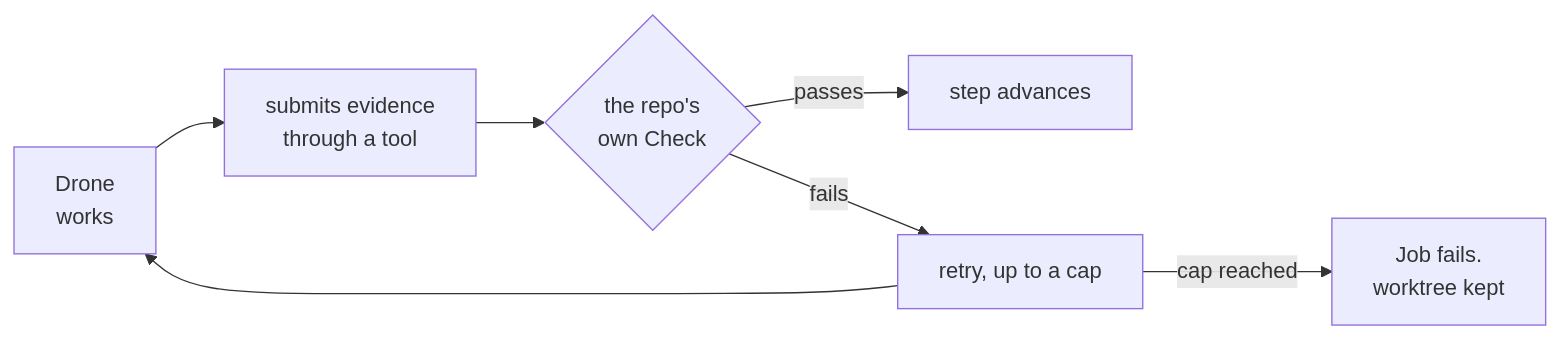
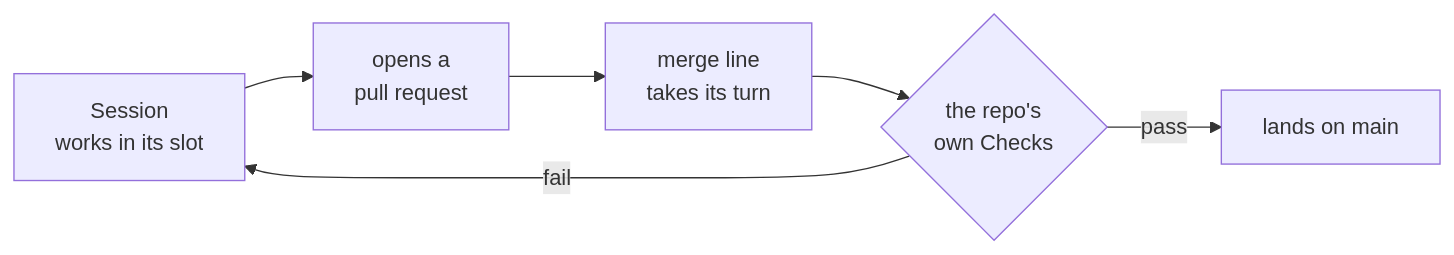
The third of 3 diagrams in ARCHITECTURE.md (Mele-Labs/armada), drawn with Mermaid before and after one commit. The commit also changed other lines of this file and 2 other files, not shown here.

First line of the commit message:
Say Sessions in the README, ARCHITECTURE and scope

````diff
--- a/ARCHITECTURE.md
+++ b/ARCHITECTURE.md
@@ -112,9 +112,8 @@
 ```mermaid
 flowchart LR
-    W["Drone<br/>works"] --> E["submits evidence<br/>through a tool"]
-    E --> C{"the repo's<br/>own Check"}
-    C -->|passes| A["step advances"]
-    C -->|fails| R["retry, up to a cap"]
-    R --> W
-    R -->|"cap reached"| X["Job fails.<br/>worktree kept"]
+    W["Session<br/>works in its slot"] --> P["opens a<br/>pull request"]
+    P --> Q["merge line<br/>takes its turn"]
+    Q --> C{"the repo's<br/>own Checks"}
+    C -->|pass| L["lands on main"]
+    C -->|fail| W
 ```
````
